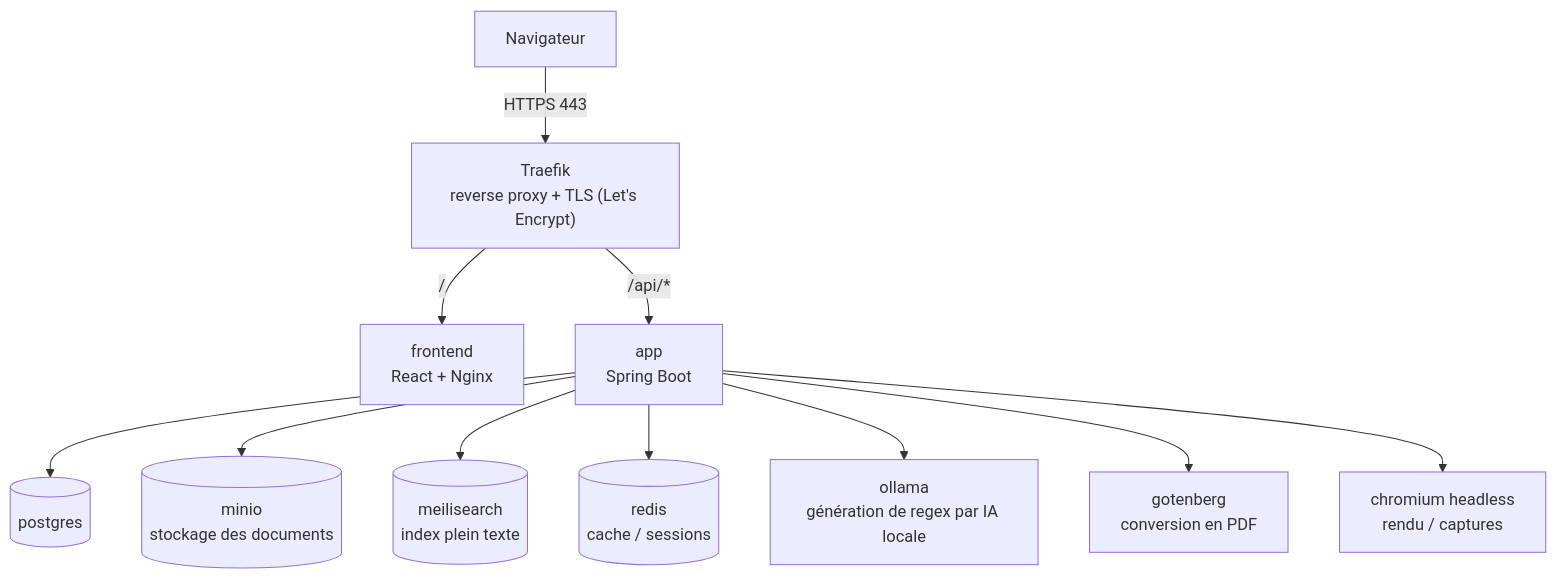
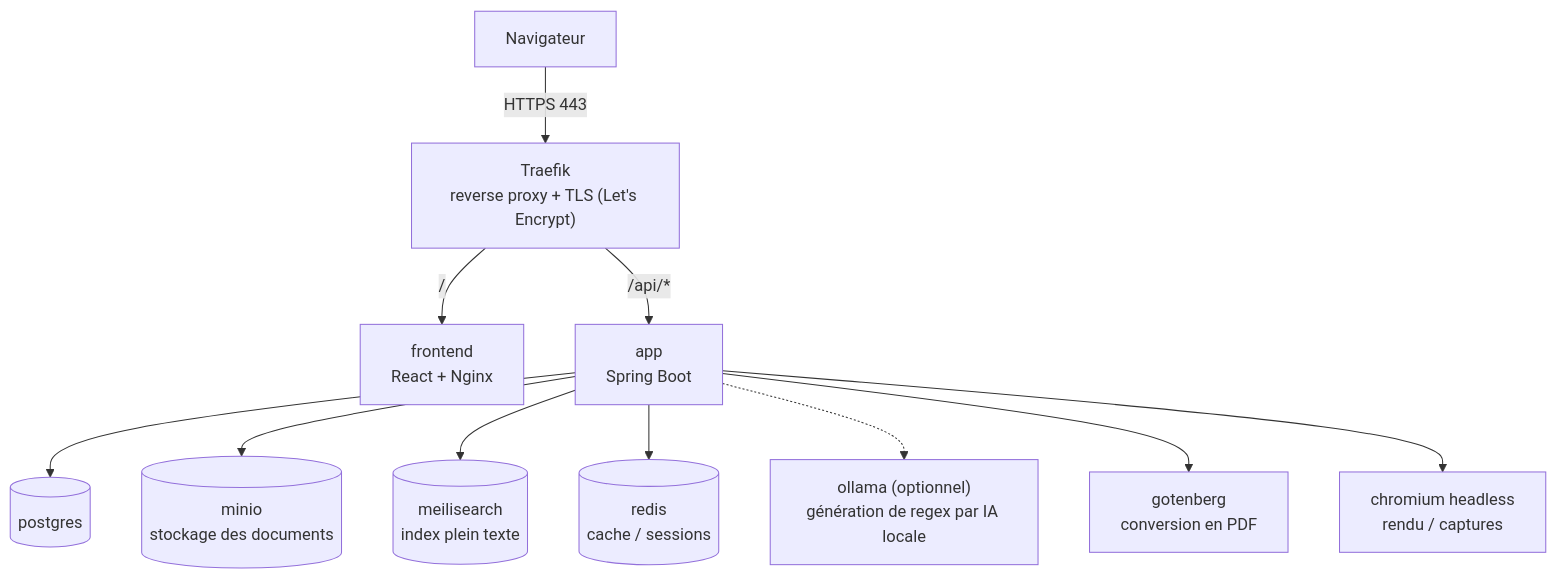
Before and after one commit to Lloyd-koutele/MadeArchive: the diagram in README.md, drawn with Mermaid. The commit also changed other lines of this file and 2 other files, not shown here.

First line of the commit message:
Documentation : deploiement corrige (override, Ollama optionnel, ports, volumes) et sauvegardes

````diff
--- a/README.md
+++ b/README.md
@@ -60,14 +60,14 @@
 ```mermaid
 flowchart TB
     U["Navigateur"] -->|HTTPS 443| T["Traefik<br/>reverse proxy + TLS (Let's Encrypt)"]
     T -->|"/ "| F["frontend<br/>React + Nginx"]
     T -->|"/api/*"| A["app<br/>Spring Boot"]
 
     A --> PG[("postgres")]
     A --> MI[("minio<br/>stockage des documents")]
     A --> ME[("meilisearch<br/>index plein texte")]
     A --> RE[("redis<br/>cache / sessions")]
-    A --> OL["ollama<br/>génération de regex par IA locale"]
+    A -.-> OL["ollama (optionnel)<br/>génération de regex par IA locale"]
     A --> GO["gotenberg<br/>conversion en PDF"]
     A --> CH["chromium headless<br/>rendu / captures"]
 ```
````
